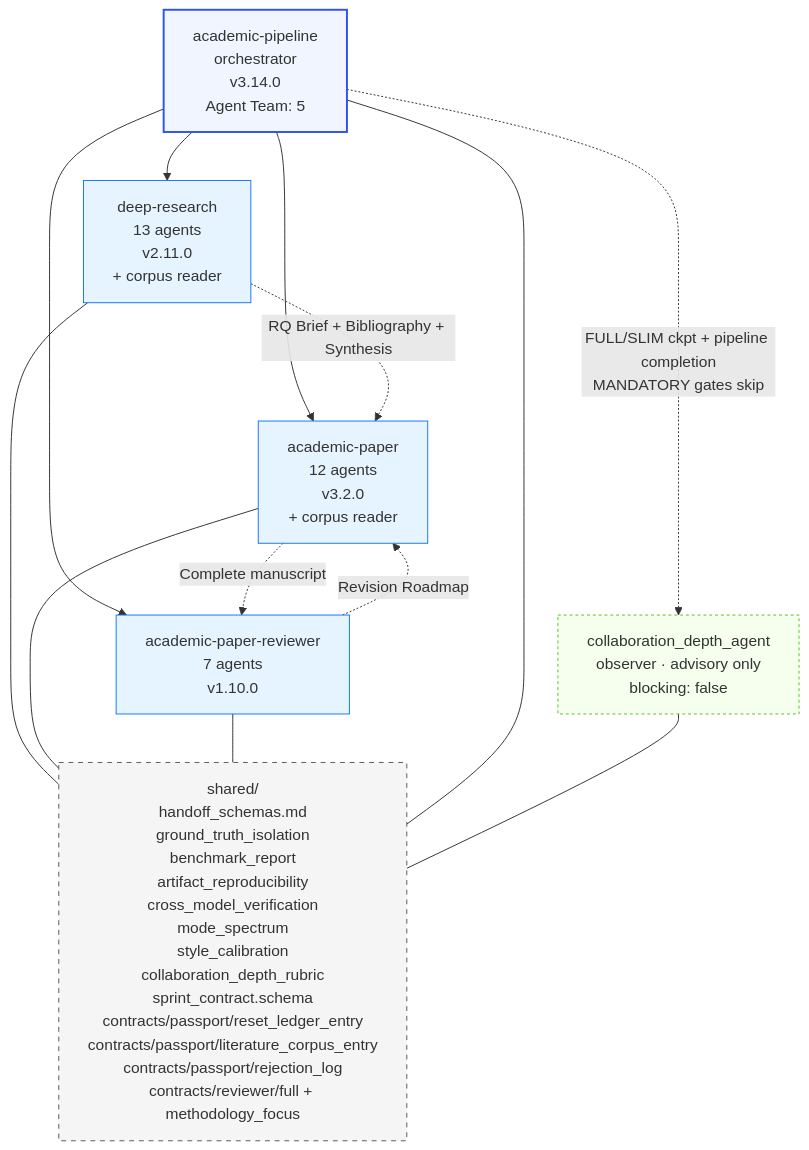
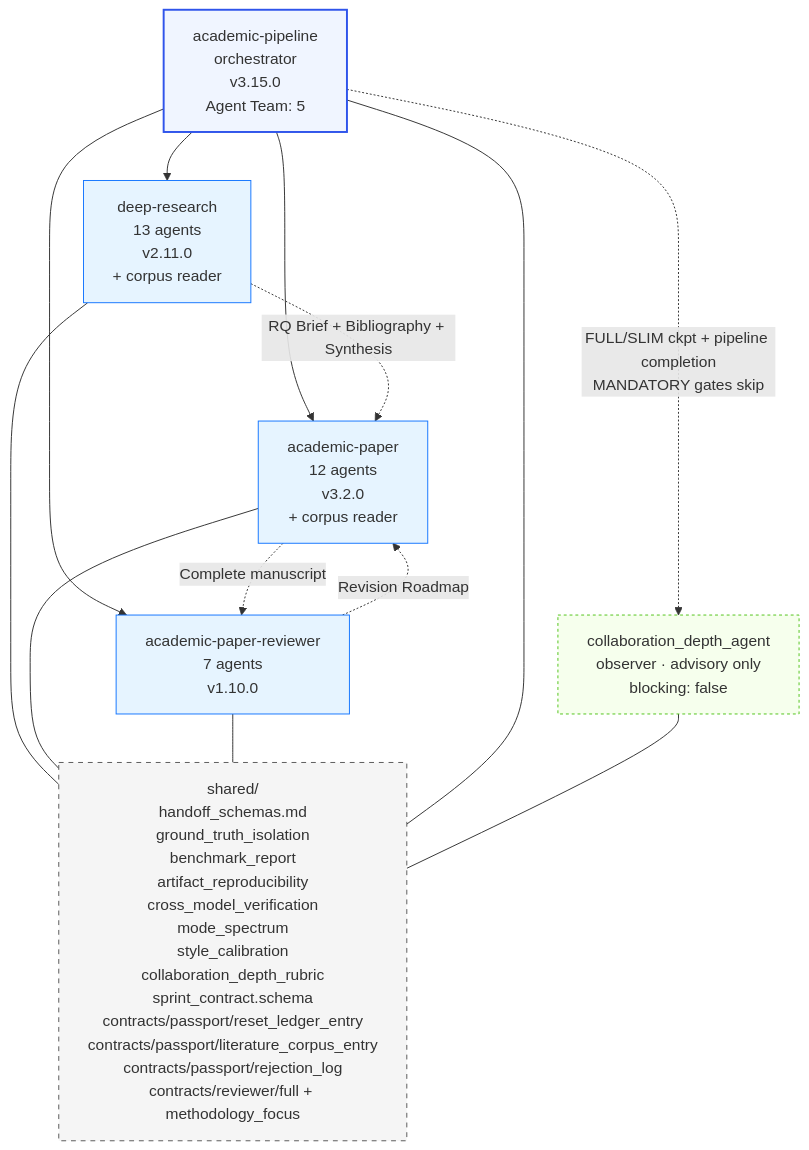
The fourth of 5 diagrams in skills/Imbad0202--academic-research-skills/docs/ARCHITECTURE.md (thereisnotime/skills-collection), drawn with Mermaid before and after one commit. The commit also changed other lines of this file and 309 other files, not shown here.

Commit message:
sync: update skills repos, readme and charts

````diff
--- a/skills/Imbad0202--academic-research-skills/docs/ARCHITECTURE.md
+++ b/skills/Imbad0202--academic-research-skills/docs/ARCHITECTURE.md
@@ -201,31 +201,31 @@
 ```mermaid
 graph TD
-    Pipeline[academic-pipeline<br/>orchestrator<br/>v3.14.0<br/>Agent Team: 5]
+    Pipeline[academic-pipeline<br/>orchestrator<br/>v3.15.0<br/>Agent Team: 5]
     Observer[collaboration_depth_agent<br/>observer · advisory only<br/>blocking: false]
     DR[deep-research<br/>13 agents<br/>v2.11.0<br/>+ corpus reader]
     AP[academic-paper<br/>12 agents<br/>v3.2.0<br/>+ corpus reader]
     APR[academic-paper-reviewer<br/>7 agents<br/>v1.10.0]
     Shared[shared/<br/>handoff_schemas.md<br/>ground_truth_isolation<br/>benchmark_report<br/>artifact_reproducibility<br/>cross_model_verification<br/>mode_spectrum<br/>style_calibration<br/>collaboration_depth_rubric<br/>sprint_contract.schema<br/>contracts/passport/reset_ledger_entry<br/>contracts/passport/literature_corpus_entry<br/>contracts/passport/rejection_log<br/>contracts/reviewer/full + methodology_focus]
 
     Pipeline --> DR
     Pipeline --> AP
     Pipeline --> APR
     Pipeline -. "FULL/SLIM ckpt + pipeline completion<br/>MANDATORY gates skip" .-> Observer
     DR -. "RQ Brief + Bibliography + Synthesis" .-> AP
     AP -. "Complete manuscript" .-> APR
     APR -. "Revision Roadmap" .-> AP
     DR --- Shared
     AP --- Shared
     APR --- Shared
     Pipeline --- Shared
     Observer --- Shared
 
     classDef orch fill:#f0f5ff,stroke:#2f54eb,stroke-width:2px
     classDef skill fill:#e6f4ff,stroke:#1677ff
     classDef shared fill:#f5f5f5,stroke:#595959,stroke-dasharray:5 5
     classDef observer fill:#f6ffed,stroke:#52c41a,stroke-dasharray:3 3
     class Pipeline orch
     class DR,AP,APR skill
     class Shared shared
     class Observer observer
 ```
````
